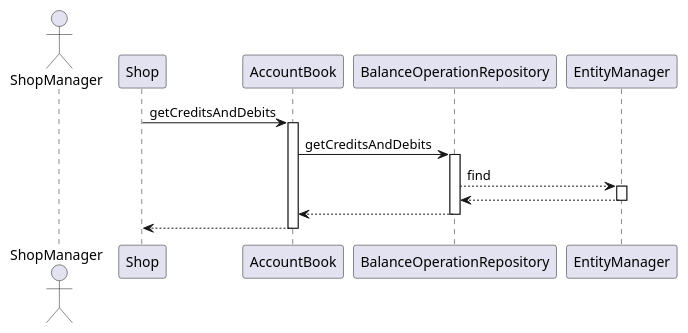
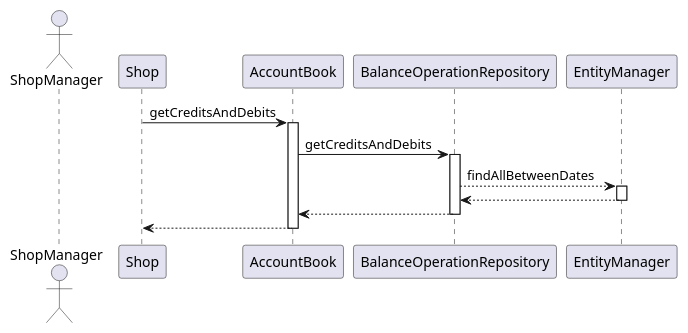
Diagram 11 of 11 in Deliverables/DesignDocument.md (mspronesti/ezshop), drawn with PlantUML before and after one commit. The commit also changed other lines of this file, not shown here.

Commit message:
Docs: findAllBetweenDates

````diff
--- a/Deliverables/DesignDocument.md
+++ b/Deliverables/DesignDocument.md
@@ -538,22 +539,22 @@
 ```plantuml
 @startuml
     actor ShopManager
     Shop -> AccountBook: getCreditsAndDebits
     activate AccountBook
 
     AccountBook -> BalanceOperationRepository: getCreditsAndDebits
     activate BalanceOperationRepository
 
-    BalanceOperationRepository --> EntityManager: find
+    BalanceOperationRepository --> EntityManager: findAllBetweenDates
     activate EntityManager
 
     EntityManager --> BalanceOperationRepository
     deactivate EntityManager
 
     BalanceOperationRepository --> AccountBook
     deactivate BalanceOperationRepository
 
     AccountBook --> Shop
     deactivate AccountBook
 @enduml
 ```
````
